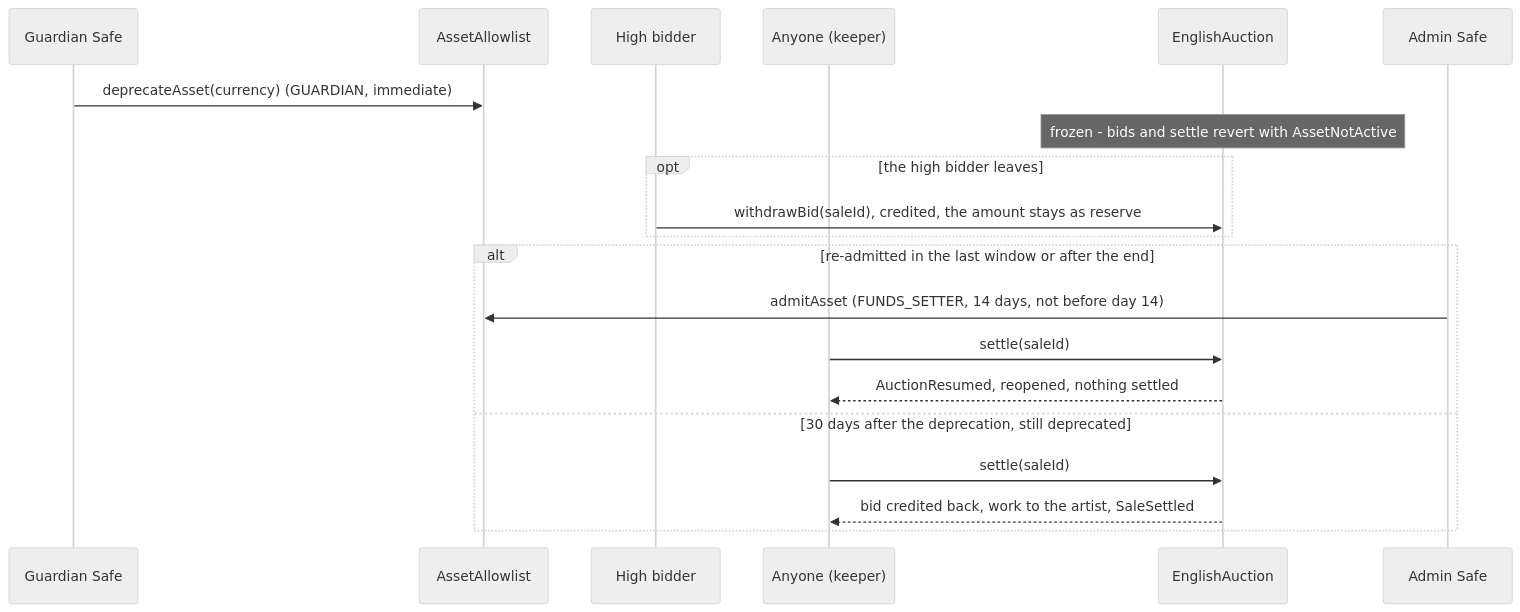
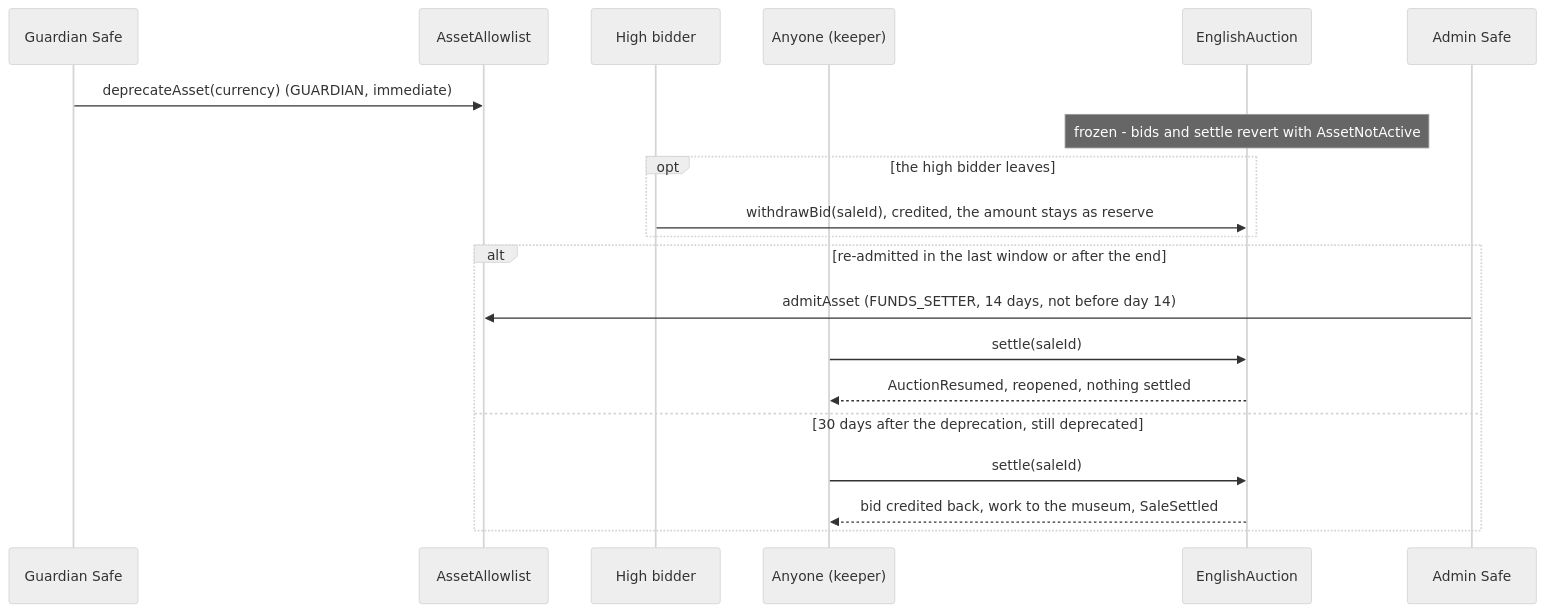
One commit to 6529-Collections/6529-works changed the eighth of 11 diagrams in docs/spec/stream-and-auctions.md. Above: the diagram before and after it, drawn with Mermaid (neutral theme). The commit also changed other lines of this file and 55 other files, not shown here.

````diff
--- a/docs/spec/stream-and-auctions.md
+++ b/docs/spec/stream-and-auctions.md
@@ -412,22 +429,22 @@
 ```mermaid
 sequenceDiagram
     participant Guardian as Guardian Safe
     participant Allowlist as AssetAllowlist
     participant Bidder as High bidder
     participant Keeper as Anyone (keeper)
     participant Auction as EnglishAuction
     participant Admin as Admin Safe
     Guardian->>Allowlist: deprecateAsset(currency) (GUARDIAN, immediate)
     Note over Auction: frozen - bids and settle revert with AssetNotActive
     opt the high bidder leaves
         Bidder->>Auction: withdrawBid(saleId), credited, the amount stays as reserve
     end
     alt re-admitted in the last window or after the end
         Admin->>Allowlist: admitAsset (FUNDS_SETTER, 14 days, not before day 14)
         Keeper->>Auction: settle(saleId)
         Auction-->>Keeper: AuctionResumed, reopened, nothing settled
     else 30 days after the deprecation, still deprecated
         Keeper->>Auction: settle(saleId)
-        Auction-->>Keeper: bid credited back, work to the artist, SaleSettled
+        Auction-->>Keeper: bid credited back, work to the museum, SaleSettled
     end
 ```
````
